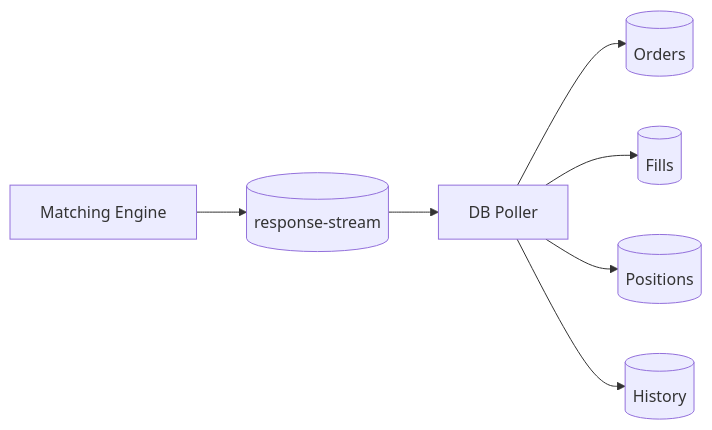
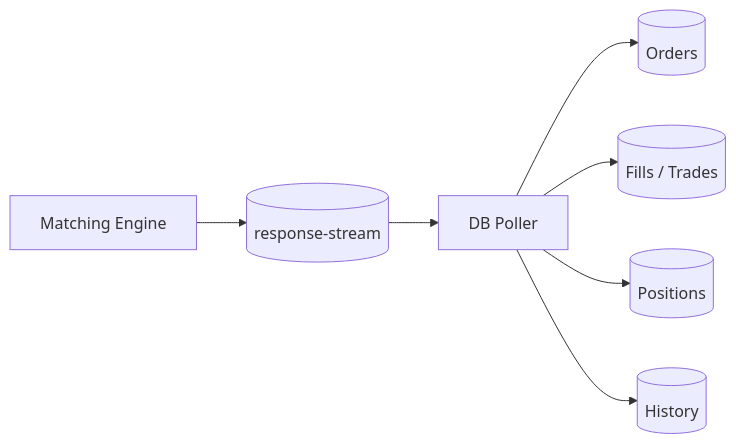
The sixth of 8 diagrams in README.md (MANI-116/PERP), drawn with Mermaid before and after one commit. The commit also changed other lines of this file, not shown here.

Commit message:
docs: add PerpX system architecture image

````diff
--- a/README.md
+++ b/README.md
@@ -288,9 +213,9 @@
 ```mermaid
 flowchart LR
-    E["Matching Engine"] --> S[("response-stream")]
-    S --> P["DB Poller"]
-    P --> O[("Orders")]
-    P --> F[("Fills")]
-    P --> PS[("Positions")]
-    P --> H[("History")]
+    ENGINE[Matching Engine] --> EVENTS[(response-stream)]
+    EVENTS --> POLLER[DB Poller]
+    POLLER --> ORDERS[(Orders)]
+    POLLER --> FILLS[(Fills / Trades)]
+    POLLER --> POS[(Positions)]
+    POLLER --> HISTORY[(History)]
 ```
````
